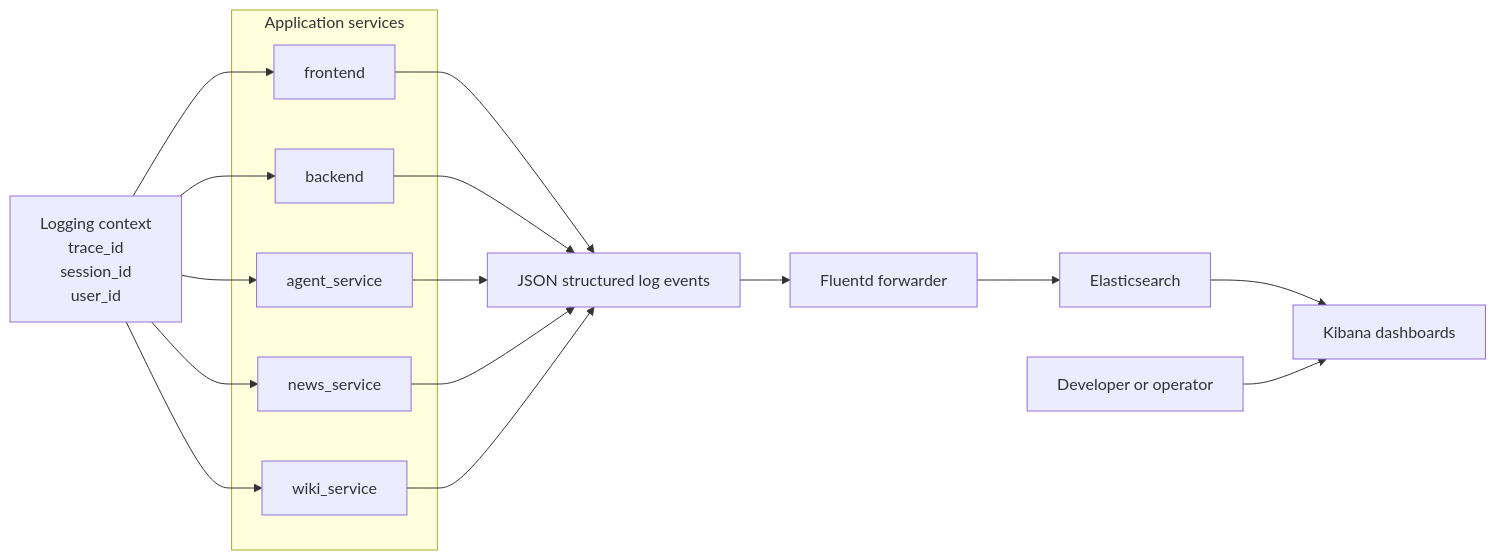
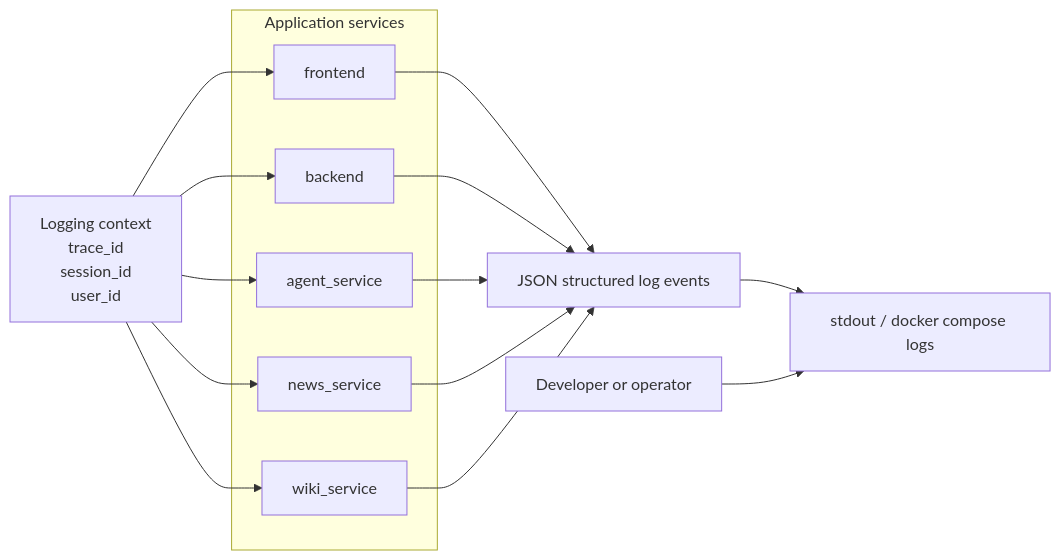
One commit to serpanchyk/Rozbirnyk changed the diagram in docs/diagrams/observability.md. Above: the diagram before and after it, drawn with Mermaid. The commit also changed other lines of this file and 9 other files, not shown here.

````diff
--- a/docs/diagrams/observability.md
+++ b/docs/diagrams/observability.md
@@ -3,34 +3,30 @@
 ```mermaid
 flowchart LR
     subgraph services["Application services"]
         frontend["frontend"]
         backend["backend"]
         agent["agent_service"]
         news["news_service"]
         wiki["wiki_service"]
     end
 
     context["Logging context\ntrace_id\nsession_id\nuser_id"]
     json["JSON structured log events"]
-    fluentd["Fluentd forwarder"]
-    elastic["Elasticsearch"]
-    kibana["Kibana dashboards"]
+    output["stdout / docker compose logs"]
     operator["Developer or operator"]
 
     context --> frontend
     context --> backend
     context --> agent
     context --> news
     context --> wiki
 
     frontend --> json
     backend --> json
     agent --> json
     news --> json
     wiki --> json
 
-    json --> fluentd
-    fluentd --> elastic
-    elastic --> kibana
-    operator --> kibana
+    json --> output
+    operator --> output
 ```
````
